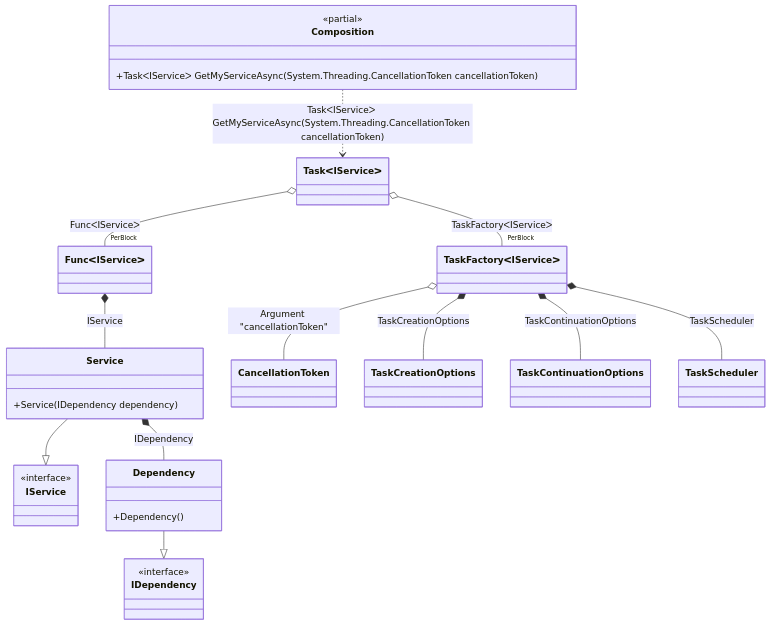
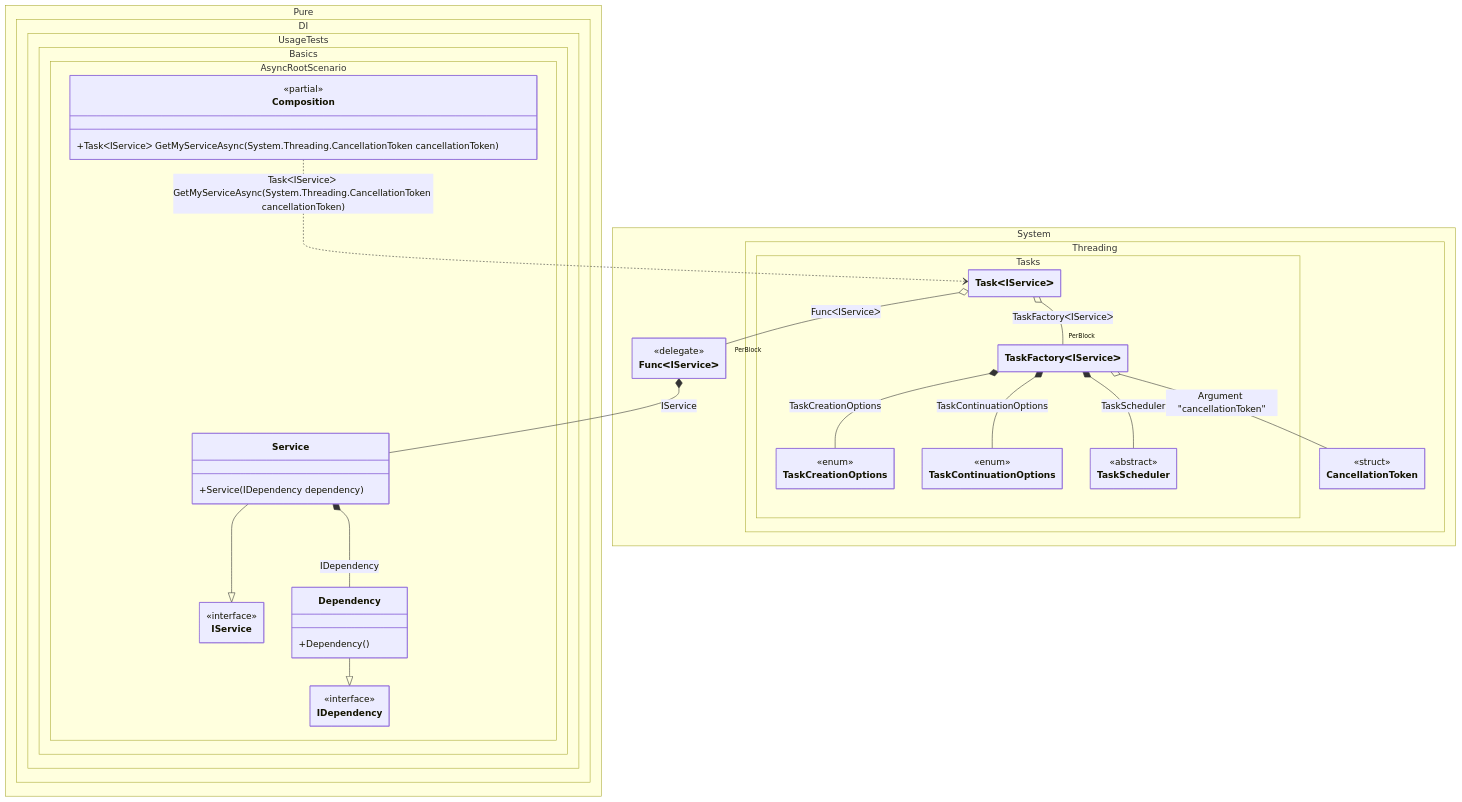
Before and after one commit to DevTeam/Pure.DI: the diagram in readme/async-root.md, drawn with Mermaid. The commit also changed 103 other files, not shown here.

Commit message:
Improved class diagrams

````diff
--- a/readme/async-root.md
+++ b/readme/async-root.md
@@ -81,36 +81,62 @@
 ```mermaid
+---
+ config:
+  class:
+   hideEmptyMembersBox: true
+---
 classDiagram
-	class Composition {
-		<<partial>>
-		+TaskᐸIServiceᐳ GetMyServiceAsync(System.Threading.CancellationToken cancellationToken)
-	}
-	class FuncᐸIServiceᐳ
-	class TaskFactoryᐸIServiceᐳ
 	Service --|> IService
-	class Service {
-		+Service(IDependency dependency)
-	}
-	class CancellationToken
-	class TaskCreationOptions
-	class TaskContinuationOptions
-	class TaskScheduler
 	Dependency --|> IDependency
-	class Dependency {
-		+Dependency()
-	}
-	class IService {
-		<<interface>>
-	}
-	class IDependency {
-		<<interface>>
-	}
 	Composition ..> TaskᐸIServiceᐳ : TaskᐸIServiceᐳ GetMyServiceAsync(System.Threading.CancellationToken cancellationToken)
 	TaskᐸIServiceᐳ o-- "PerBlock" FuncᐸIServiceᐳ : FuncᐸIServiceᐳ
 	TaskᐸIServiceᐳ o-- "PerBlock" TaskFactoryᐸIServiceᐳ : TaskFactoryᐸIServiceᐳ
 	FuncᐸIServiceᐳ *--  Service : IService
 	TaskFactoryᐸIServiceᐳ o-- CancellationToken : Argument "cancellationToken"
 	TaskFactoryᐸIServiceᐳ *--  TaskCreationOptions : TaskCreationOptions
 	TaskFactoryᐸIServiceᐳ *--  TaskContinuationOptions : TaskContinuationOptions
 	TaskFactoryᐸIServiceᐳ *--  TaskScheduler : TaskScheduler
 	Service *--  Dependency : IDependency
+	namespace Pure.DI.UsageTests.Basics.AsyncRootScenario {
+		class Composition {
+		<<partial>>
+		+TaskᐸIServiceᐳ GetMyServiceAsync(System.Threading.CancellationToken cancellationToken)
+		}
+		class Dependency {
+			+Dependency()
+		}
+		class IDependency {
+			<<interface>>
+		}
+		class IService {
+			<<interface>>
+		}
+		class Service {
+			+Service(IDependency dependency)
+		}
+	}
+	namespace System {
+		class FuncᐸIServiceᐳ {
+				<<delegate>>
+		}
+	}
+	namespace System.Threading {
+		class CancellationToken {
+				<<struct>>
+		}
+	}
+	namespace System.Threading.Tasks {
+		class TaskContinuationOptions {
+				<<enum>>
+		}
+		class TaskCreationOptions {
+				<<enum>>
+		}
+		class TaskFactoryᐸIServiceᐳ {
+		}
+		class TaskScheduler {
+				<<abstract>>
+		}
+		class TaskᐸIServiceᐳ {
+		}
+	}
 ```
````
